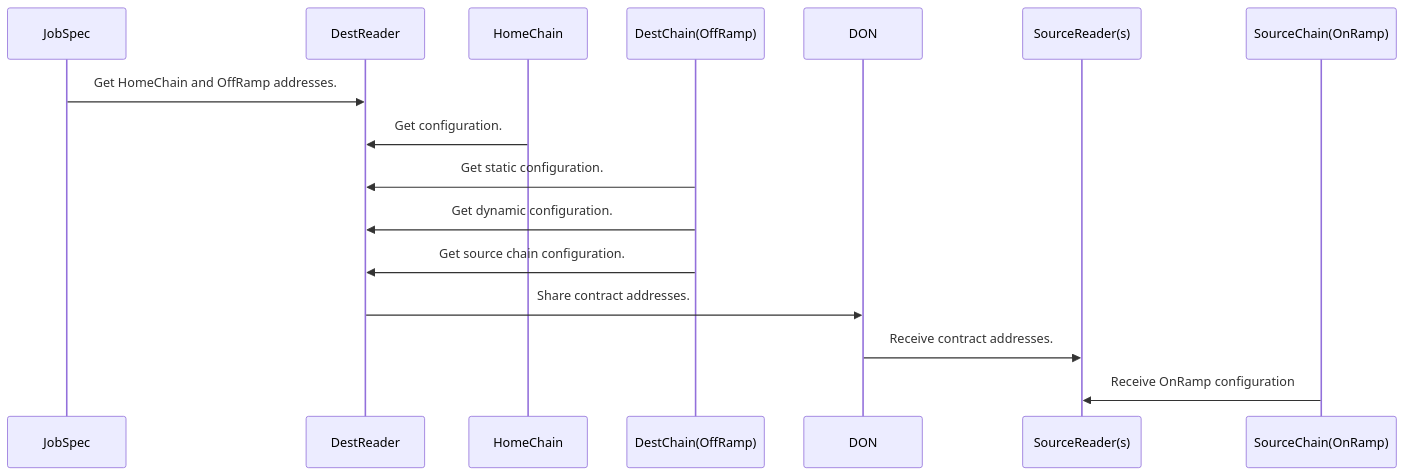
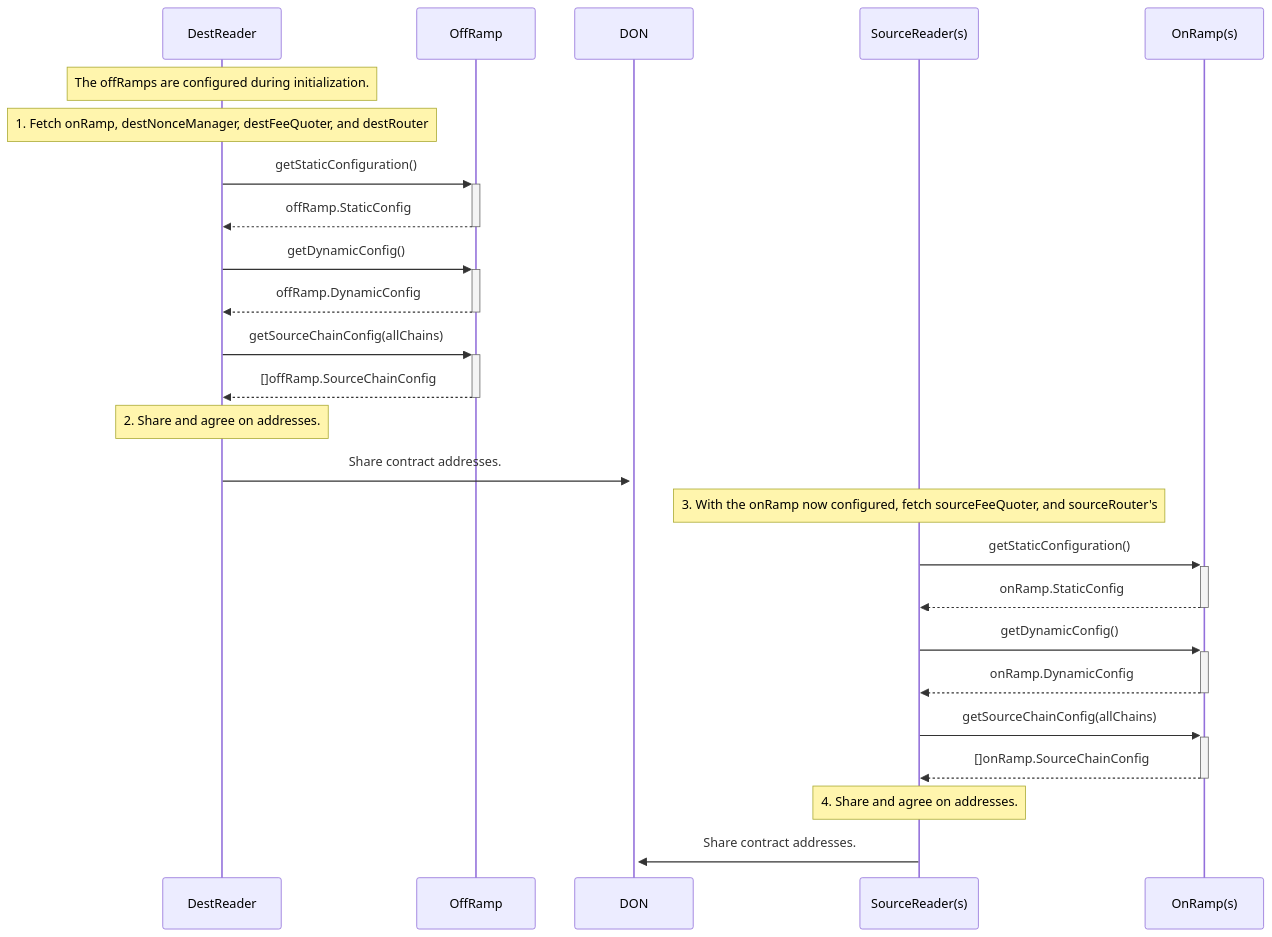
One commit to GoPlugin/plugin-ccip changed the diagram in docs/configuration.md. Above: the diagram before and after it, drawn with Mermaid. The commit also changed other lines of this file and 171 other files, not shown here.

````diff
--- a/docs/configuration.md
+++ b/docs/configuration.md
@@ -88,11 +230,25 @@
 ```mermaid
 sequenceDiagram
-JobSpec ->> DestReader: Get HomeChain and OffRamp addresses.
-HomeChain ->> DestReader: Get configuration.
-DestChain(OffRamp) ->> DestReader: Get static configuration.
-DestChain(OffRamp) ->> DestReader: Get dynamic configuration.
-DestChain(OffRamp) ->> DestReader: Get source chain configuration.
-DestReader ->> DON: Share contract addresses.
-DON ->> SourceReader(s): Receive contract addresses.
-SourceChain(OnRamp) ->> SourceReader(s): Receive OnRamp configuration
+note over DestReader: The offRamps are configured during initialization.
+note over DestReader: 1. Fetch onRamp, destNonceManager, destFeeQuoter, and destRouter
+DestReader ->>+ OffRamp: getStaticConfiguration()
+OffRamp -->>- DestReader: offRamp.StaticConfig
+DestReader ->>+ OffRamp: getDynamicConfig()
+OffRamp -->>- DestReader: offRamp.DynamicConfig
+DestReader ->>+ OffRamp: getSourceChainConfig(allChains)
+OffRamp -->>- DestReader: []offRamp.SourceChainConfig
+
+note over DestReader: 2. Share and agree on addresses.
+DestReader ->>+ DON: Share contract addresses.
+
+note over SourceReader(s): 3. With the onRamp now configured, fetch sourceFeeQuoter, and sourceRouter's
+SourceReader(s) ->>+ OnRamp(s): getStaticConfiguration()
+OnRamp(s) -->>- SourceReader(s): onRamp.StaticConfig
+SourceReader(s) ->>+ OnRamp(s): getDynamicConfig()
+OnRamp(s) -->>- SourceReader(s): onRamp.DynamicConfig
+SourceReader(s) ->>+ OnRamp(s): getSourceChainConfig(allChains)
+OnRamp(s) -->>- SourceReader(s): []onRamp.SourceChainConfig
+
+note over SourceReader(s): 4. Share and agree on addresses.
+SourceReader(s) ->> DON: Share contract addresses.
 ```
````
